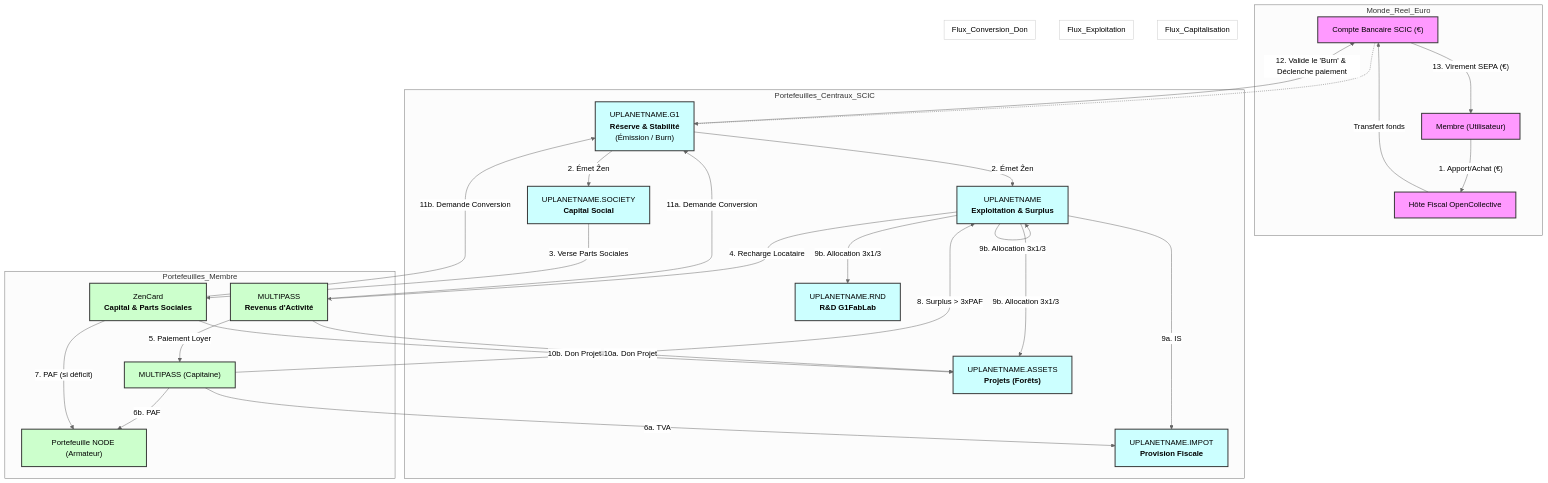
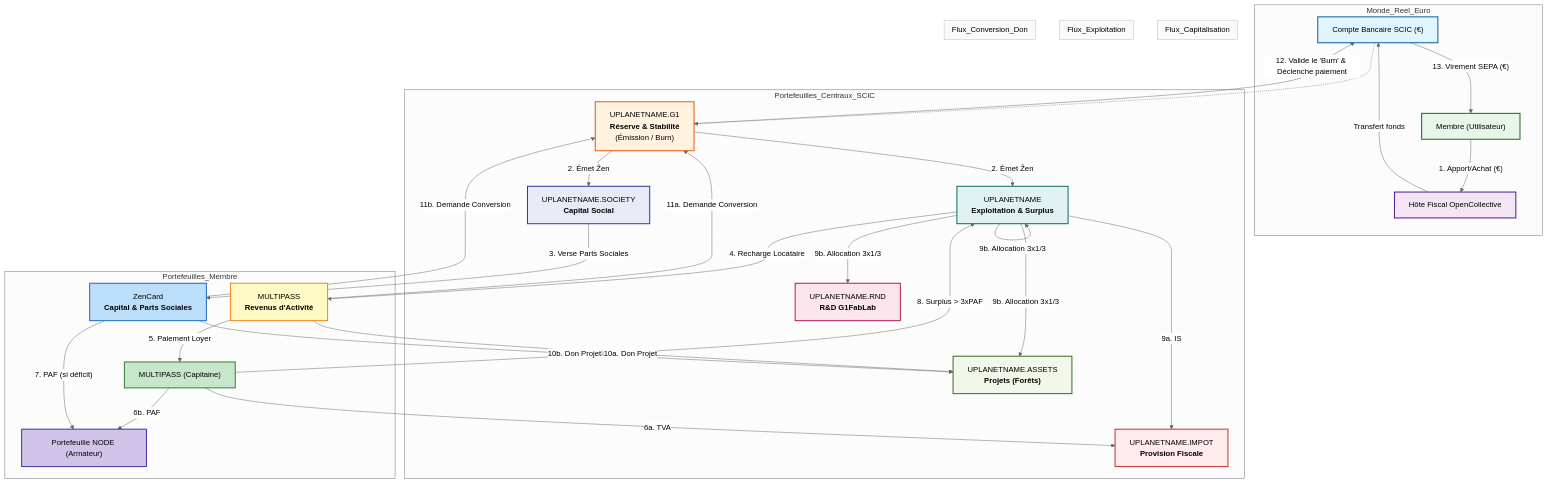
Before and after one commit to papiche/Astroport.ONE: the diagram in templates/mermaid_LEGAL_UPLANET_FLUX.mmd, drawn with Mermaid (neutral theme).

```diff
--- a/templates/mermaid_LEGAL_UPLANET_FLUX.mmd
+++ b/templates/mermaid_LEGAL_UPLANET_FLUX.mmd
@@ -1,67 +1,80 @@
 graph TD
     subgraph "Monde_Reel_Euro"
-        A["Compte Bancaire SCIC (€)"]
-        B["Hôte Fiscal OpenCollective"]
-        C["Membre (Utilisateur)"]
+        A["Compte Bancaire SCIC (€)"]:::bank
+        B["Hôte Fiscal OpenCollective"]:::fiscal
+        C["Membre (Utilisateur)"]:::user
 
         C -- "1. Apport/Achat (€)" --> B
         B -- "Transfert fonds" --> A
     end
 
     subgraph "Portefeuilles_Centraux_SCIC"
-        G1["UPLANETNAME.G1<br><b>Réserve & Stabilité</b><br>(Émission / Burn)"]
-        SOC["UPLANETNAME.SOCIETY<br><b>Capital Social</b>"]
-        OPE["UPLANETNAME<br><b>Exploitation & Surplus</b>"]
-        IMP["UPLANETNAME.IMPOT<br><b>Provision Fiscale</b>"]
-        ASS["UPLANETNAME.ASSETS<br><b>Projets (Forêts)</b>"]
-        RND["UPLANETNAME.RND<br><b>R&D G1FabLab</b>"]
+        G1["UPLANETNAME.G1<br><b>Réserve & Stabilité</b><br>(Émission / Burn)"]:::reserve
+        SOC["UPLANETNAME.SOCIETY<br><b>Capital Social</b>"]:::capital
+        OPE["UPLANETNAME<br><b>Exploitation & Surplus</b>"]:::operations
+        IMP["UPLANETNAME.IMPOT<br><b>Provision Fiscale</b>"]:::tax
+        ASS["UPLANETNAME.ASSETS<br><b>Projets (Forêts)</b>"]:::assets
+        RND["UPLANETNAME.RND<br><b>R&D G1FabLab</b>"]:::rnd
 
         A -.-> G1 -- "2. Émet Ẑen" --> SOC & OPE
     end
 
     subgraph "Portefeuilles_Membre"
-        MP["MULTIPASS<br><b>Revenus d'Activité</b>"]
-        ZC["ZenCard<br><b>Capital & Parts Sociales</b>"]
-        MP_Cap["MULTIPASS (Capitaine)"]
-        NODE["Portefeuille NODE (Armateur)"]
+        MP["MULTIPASS<br><b>Revenus d'Activité</b>"]:::income
+        ZC["ZenCard<br><b>Capital & Parts Sociales</b>"]:::shares
+        MP_Cap["MULTIPASS (Capitaine)"]:::captain
+        NODE["Portefeuille NODE (Armateur)"]:::node
     end
 
     %% FLUX DE CAPITALISATION
     subgraph "Flux_Capitalisation"
         SOC -- "3. Verse Parts Sociales" --> ZC
     end
 
     %% FLUX D'EXPLOITATION
     subgraph "Flux_Exploitation"
         OPE -- "4. Recharge Locataire" --> MP
         MP -- "5. Paiement Loyer" --> MP_Cap
         MP_Cap -- "6a. TVA" --> IMP
         MP_Cap -- "6b. PAF" --> NODE
         ZC -- "7. PAF (si déficit)" --> NODE
         MP_Cap -- "8. Surplus > 3xPAF" --> OPE
         OPE -- "9a. IS" --> IMP
         OPE -- "9b. Allocation 3x1/3" --> OPE & ASS & RND
     end
 
     %% FLUX DE CONVERSION ET DE DON
     subgraph "Flux_Conversion_Don"
         MP -- "10a. Don Projet" --> ASS
         ZC -- "10b. Don Projet" --> ASS
         MP -- "11a. Demande Conversion" --> G1
         ZC -- "11b. Demande Conversion" --> G1
         
         %% Ligne corrigée : décomposition en deux étapes
         G1 -- "12. Valide le 'Burn' & Déclenche paiement" --> A
         A -- "13. Virement SEPA (€)" --> C
     end
 
     %% Styling
-    classDef real fill:#f9f,stroke:#333,stroke-width:2px
-    classDef central fill:#cff,stroke:#333,stroke-width:2px
-    classDef member fill:#cfc,stroke:#333,stroke-width:2px
-    classDef flowbox fill:#fff,stroke:#ccc,stroke-width:1px
+    classDef bank fill:#e1f5fe,stroke:#01579b,stroke-width:2px
+    classDef fiscal fill:#f3e5f5,stroke:#4a148c,stroke-width:2px
+    classDef user fill:#e8f5e9,stroke:#1b5e20,stroke-width:2px
+    
+    classDef reserve fill:#fff3e0,stroke:#e65100,stroke-width:2px
+    classDef capital fill:#e8eaf6,stroke:#283593,stroke-width:2px
+    classDef operations fill:#e0f2f1,stroke:#00695c,stroke-width:2px
+    classDef tax fill:#ffebee,stroke:#c62828,stroke-width:2px
+    classDef assets fill:#f1f8e9,stroke:#33691e,stroke-width:2px
+    classDef rnd fill:#fce4ec,stroke:#ad1457,stroke-width:2px
+    
+    classDef income fill:#fff9c4,stroke:#f57f17,stroke-width:2px
+    classDef shares fill:#bbdefb,stroke:#1565c0,stroke-width:2px
+    classDef captain fill:#c8e6c9,stroke:#2e7d32,stroke-width:2px
+    classDef node fill:#d1c4e9,stroke:#4527a0,stroke-width:2px
+    
+    classDef flowbox fill:#fafafa,stroke:#bdbdbd,stroke-width:1px
 
     class A,B,C real
     class G1,SOC,OPE,IMP,ASS,RND central
     class MP,ZC,MP_Cap,NODE member
     class Flux_Capitalisation,Flux_Exploitation,Flux_Conversion_Don flowbox
```
